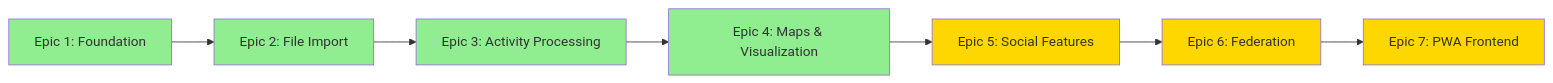
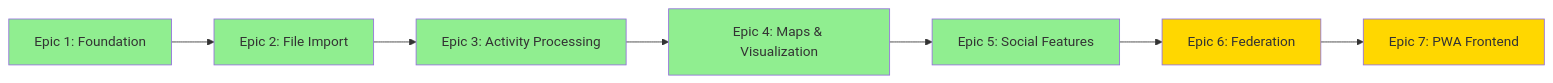
Before and after one commit to avi-xe/lievre: the sixth of 6 diagrams in C4_MODEL.md, drawn with Mermaid. The commit also changed other lines of this file, not shown here.

````diff
--- a/C4_MODEL.md
+++ b/C4_MODEL.md
@@ -333,17 +334,17 @@
 ```mermaid
 graph LR
     A[Epic 1: Foundation] --> B[Epic 2: File Import]
     B --> C[Epic 3: Activity Processing]
     C --> D[Epic 4: Maps & Visualization]
     D --> E[Epic 5: Social Features]
     E --> F[Epic 6: Federation]
     F --> G[Epic 7: PWA Frontend]
 
     style A fill:#90EE90
     style B fill:#90EE90
     style C fill:#90EE90
     style D fill:#90EE90
-    style E fill:#FFD700
+    style E fill:#90EE90
     style F fill:#FFD700
     style G fill:#FFD700
 ```
````
